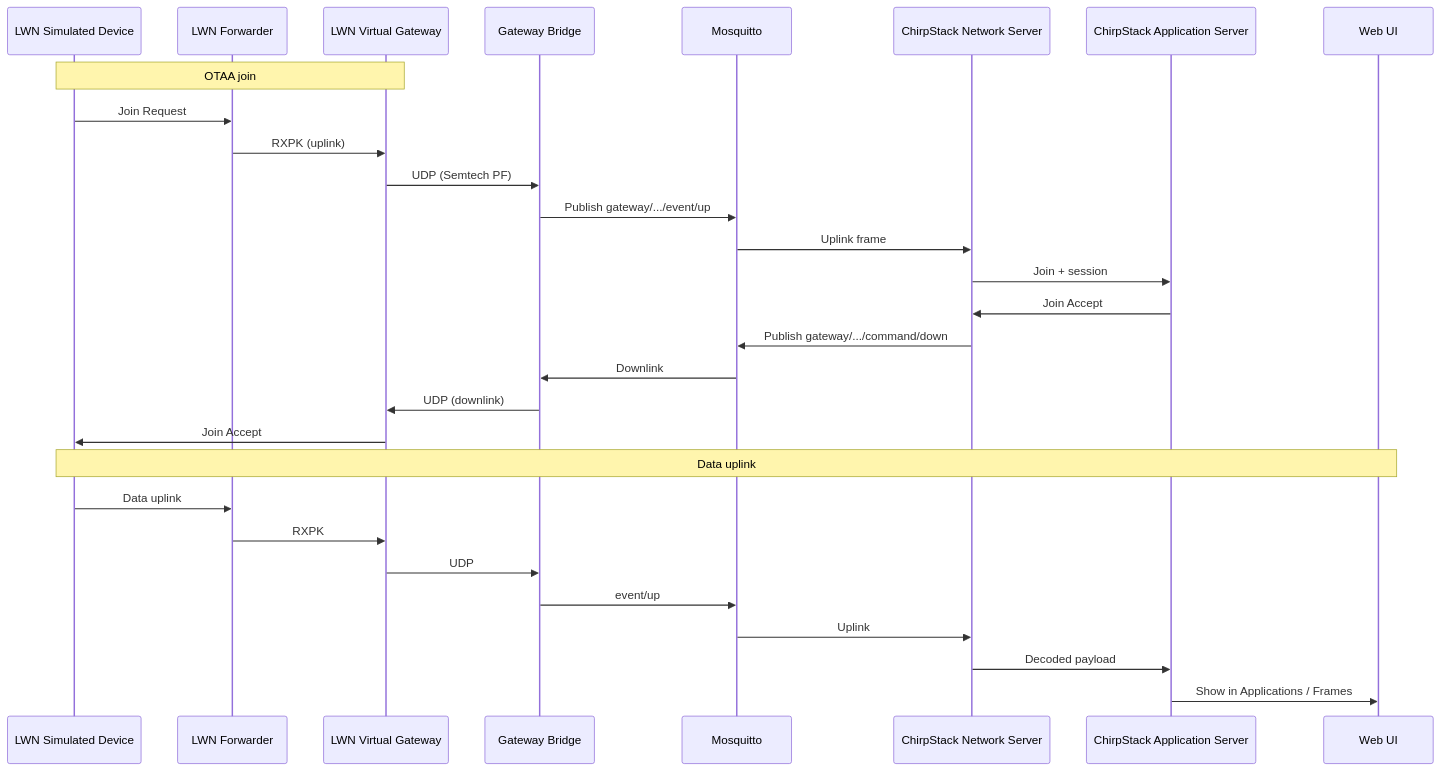
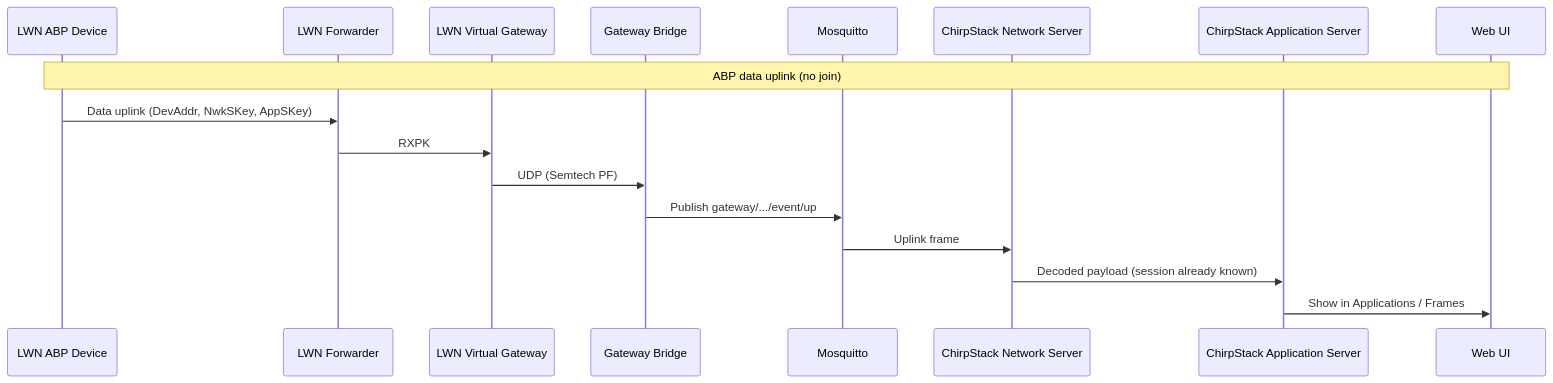
Before and after one commit to lucadagati/Chirpstack_BackEnd: the third of 6 diagrams in README.md, drawn with Mermaid. The commit also changed other lines of this file and 4 other files, not shown here.

First line of the commit message:
README: add LoRaWAN and ChirpStack theory; seed from LWN config; LWN on 9000, gateway profile

````diff
--- a/README.md
+++ b/README.md
@@ -81,33 +136,20 @@
 ```mermaid
 sequenceDiagram
-    participant Dev as LWN Simulated Device
+    participant Dev as LWN ABP Device
     participant Fwd as LWN Forwarder
     participant Gw as LWN Virtual Gateway
     participant GWBR as Gateway Bridge
     participant MQTT as Mosquitto
     participant NS as ChirpStack Network Server
     participant AS as ChirpStack Application Server
     participant UI as Web UI
 
-    Note over Dev,Gw: OTAA join
-    Dev->>Fwd: Join Request
-    Fwd->>Gw: RXPK (uplink)
+    Note over Dev,UI: ABP data uplink (no join)
+    Dev->>Fwd: Data uplink (DevAddr, NwkSKey, AppSKey)
+    Fwd->>Gw: RXPK
     Gw->>GWBR: UDP (Semtech PF)
     GWBR->>MQTT: Publish gateway/.../event/up
     MQTT->>NS: Uplink frame
-    NS->>AS: Join + session
-    AS->>NS: Join Accept
-    NS->>MQTT: Publish gateway/.../command/down
-    MQTT->>GWBR: Downlink
-    GWBR->>Gw: UDP (downlink)
-    Gw->>Dev: Join Accept
-
-    Note over Dev,UI: Data uplink
-    Dev->>Fwd: Data uplink
-    Fwd->>Gw: RXPK
-    Gw->>GWBR: UDP
-    GWBR->>MQTT: event/up
-    MQTT->>NS: Uplink
-    NS->>AS: Decoded payload
+    NS->>AS: Decoded payload (session already known)
     AS->>UI: Show in Applications / Frames
 ```
````
